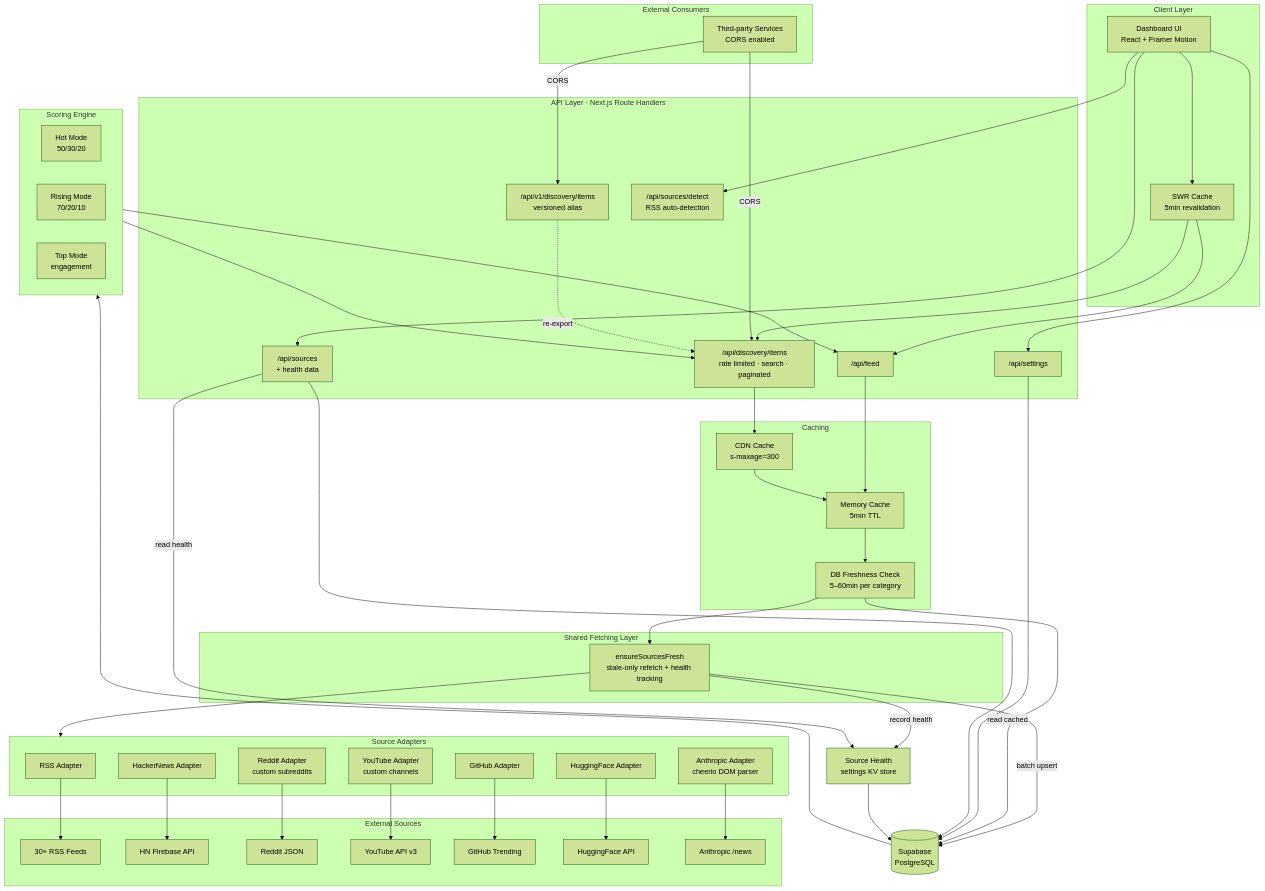
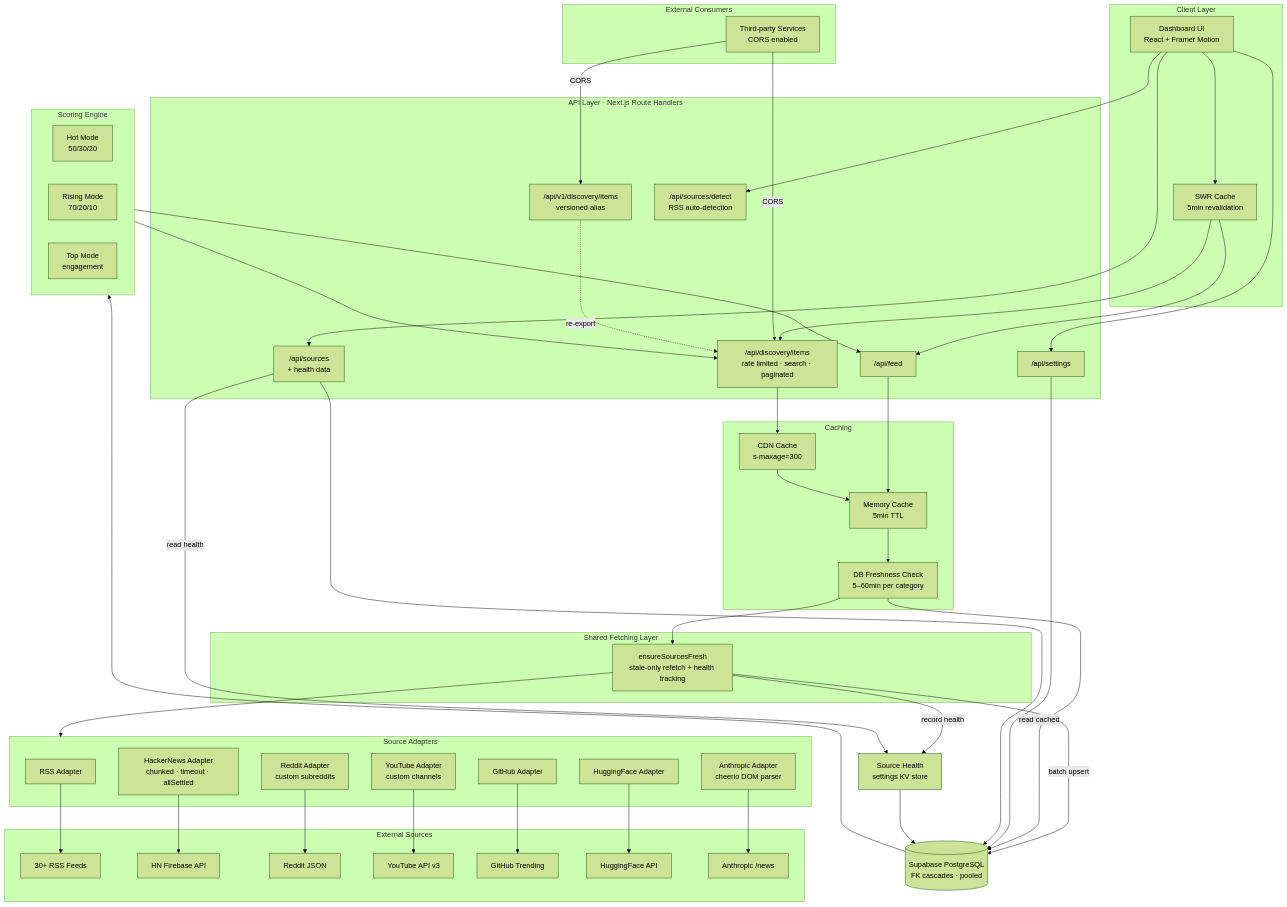
One commit to yairbederman/AI-Trends-Dashboard changed the diagram in docs/architecture.mmd. Above: the diagram before and after it, drawn with Mermaid (forest theme). The commit also changed 2 other files, not shown here.

```diff
--- a/docs/architecture.mmd
+++ b/docs/architecture.mmd
@@ -1,95 +1,95 @@
 flowchart TD
     subgraph Client["Client Layer"]
         UI[Dashboard UI<br/>React + Framer Motion]
         SWR[SWR Cache<br/>5min revalidation]
     end
 
     subgraph ExtConsumers["External Consumers"]
         ThirdParty[Third-party Services<br/>CORS enabled]
     end
 
     subgraph API["API Layer · Next.js Route Handlers"]
         Feed["/api/feed"]
         Discovery["/api/discovery/items<br/>rate limited · search · paginated"]
         V1["/api/v1/discovery/items<br/>versioned alias"]
         Settings["/api/settings"]
         Sources["/api/sources<br/>+ health data"]
         Detect["/api/sources/detect<br/>RSS auto-detection"]
     end
 
     subgraph Cache["Caching"]
         MemCache[Memory Cache<br/>5min TTL]
         CDNCache[CDN Cache<br/>s-maxage=300]
         DBCache[DB Freshness Check<br/>5–60min per category]
     end
 
     subgraph Fetching["Shared Fetching Layer"]
         EnsureFresh[ensureSourcesFresh<br/>stale-only refetch + health tracking]
     end
 
     subgraph Adapters["Source Adapters"]
         RSS[RSS Adapter]
-        HN[HackerNews Adapter]
+        HN[HackerNews Adapter<br/>chunked · timeout · allSettled]
         Reddit[Reddit Adapter<br/>custom subreddits]
         YT[YouTube Adapter<br/>custom channels]
         GH[GitHub Adapter]
         HF[HuggingFace Adapter]
         Anth[Anthropic Adapter<br/>cheerio DOM parser]
     end
 
     subgraph Scoring["Scoring Engine"]
         Hot[Hot Mode<br/>50/30/20]
         Rising[Rising Mode<br/>70/20/10]
         Top[Top Mode<br/>engagement]
     end
 
     subgraph External["External Sources"]
         RSSFeeds[30+ RSS Feeds]
         HNAPI[HN Firebase API]
         RedditJSON[Reddit JSON]
         YTAPI[YouTube API v3]
         GHTrending[GitHub Trending]
         HFAPI[HuggingFace API]
         AnthNews[Anthropic /news]
     end
 
-    DB[(Supabase<br/>PostgreSQL)]
+    DB[(Supabase PostgreSQL<br/>FK cascades · pooled)]
     Health[Source Health<br/>settings KV store]
 
     UI --> SWR
     SWR --> Feed
     SWR --> Discovery
     UI --> Settings
     UI --> Sources
     UI --> Detect
 
     ThirdParty -->|CORS| Discovery
     ThirdParty -->|CORS| V1
     V1 -.->|re-export| Discovery
 
     Feed --> MemCache
     Discovery --> CDNCache
     CDNCache --> MemCache
     MemCache --> DBCache
     DBCache --> EnsureFresh
     EnsureFresh --> Adapters
 
     RSS --> RSSFeeds
     HN --> HNAPI
     Reddit --> RedditJSON
     YT --> YTAPI
     GH --> GHTrending
     HF --> HFAPI
     Anth --> AnthNews
 
     EnsureFresh -->|batch upsert| DB
     EnsureFresh -->|record health| Health
     DBCache -->|read cached| DB
     Settings --> DB
     Sources --> DB
     Sources -->|read health| Health
     Health --> DB
 
     DB --> Scoring
     Scoring --> Feed
     Scoring --> Discovery
```
